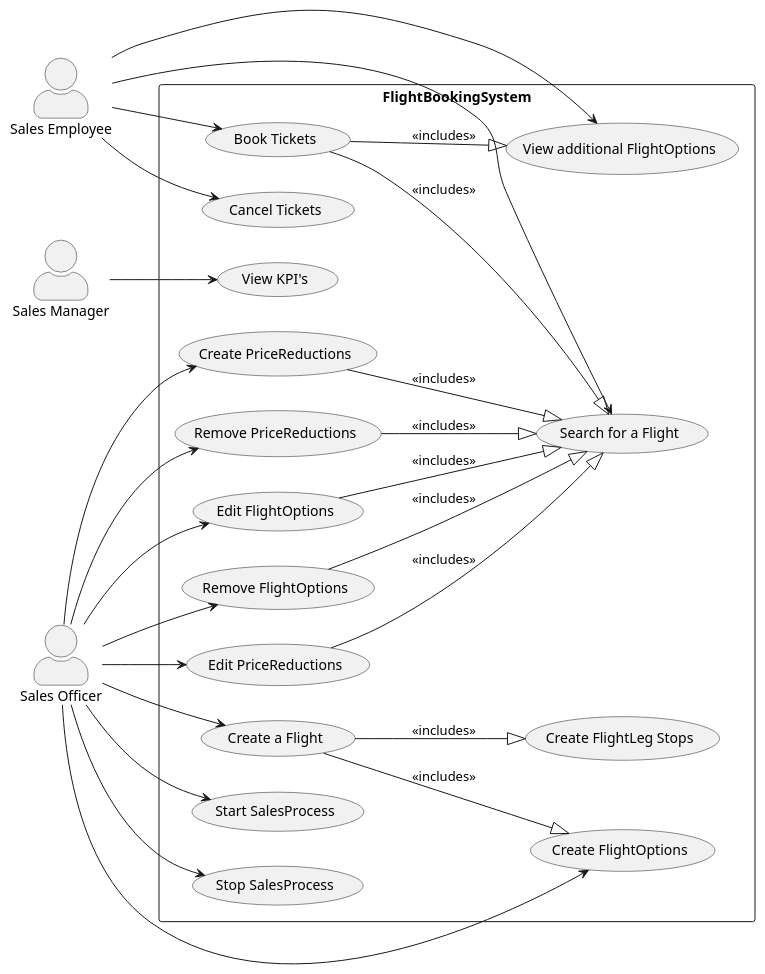
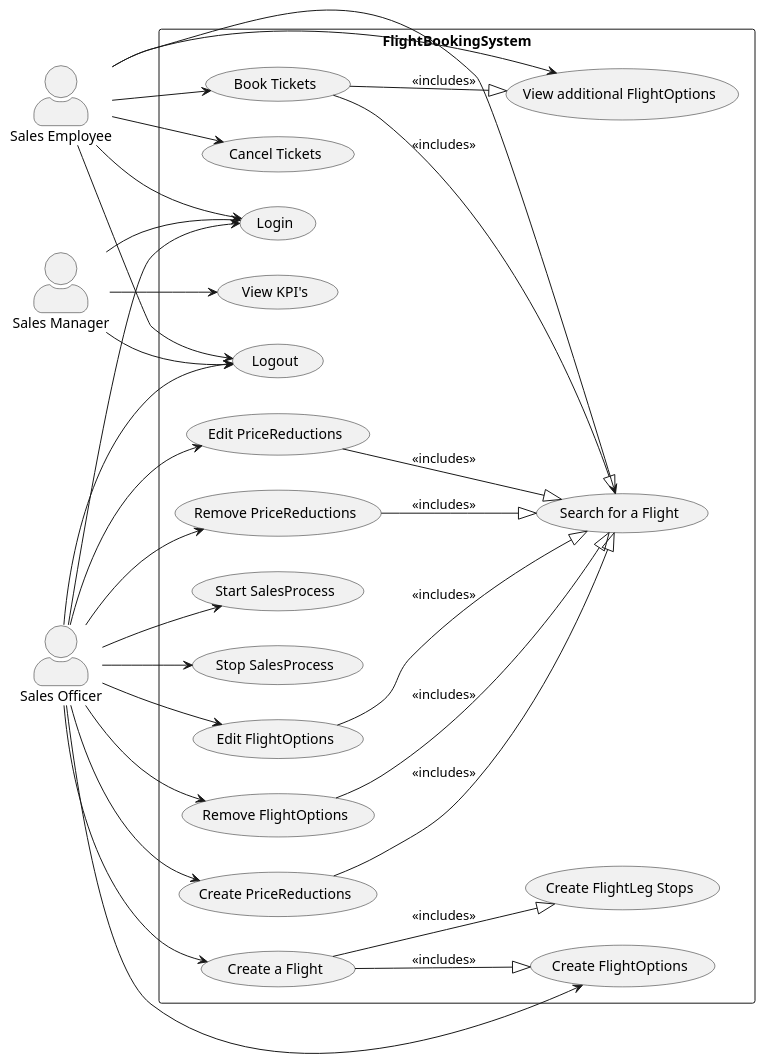
The diagram in analysis/use_cases.puml (Niklas-Mezynski/fontys-prj2-2021-prj2-2021-02), drawn with PlantUML before and after one commit.

Commit message:
add login and logout

```diff
--- a/analysis/use_cases.puml
+++ b/analysis/use_cases.puml
@@ -1,58 +1,66 @@
 @startuml
 left to right direction
 skinparam classAttributeIconSize 0
 skinparam componentStyle uml2
 skinparam actorStyle awesome
 hide circle
 
 actor "Sales Employee" as se
 actor "Sales Manager" as sm
 actor "Sales Officer" as so
 
 rectangle FlightBookingSystem {
   usecase "Search for a Flight" as UC1
   usecase "Create a Flight" as UC2
   usecase "Book Tickets" as UC3
   usecase "Cancel Tickets" as UC10
   usecase "View additional FlightOptions" as UC4
   usecase "Create FlightOptions" as UC5
   usecase "Edit FlightOptions" as UC11
   usecase "Remove FlightOptions" as UC12
   usecase "View KPI's" as UC6
   usecase "Create PriceReductions" as UC7
   usecase "Edit PriceReductions" as UC13
   usecase "Remove PriceReductions" as UC14
   usecase "Start SalesProcess" as UC8
   usecase "Stop SalesProcess" as UC15
   usecase "Create FlightLeg Stops" as UC9
+  usecase "Login" as UC16
+  usecase "Logout" as UC17
 }
 
 UC2 --|> UC9: <<includes>>
 UC2 --|> UC5: <<includes>>
 
 UC3 --|> UC1: <<includes>>
 UC3 --|> UC4: <<includes>>
 
 UC11 --|>UC1: <<includes>>
 UC12 --|>UC1: <<includes>>
 UC13 --|>UC1: <<includes>>
 UC14 --|>UC1: <<includes>>
 UC7 --|>UC1: <<includes>>
 
 se --> UC1
 se --> UC3
 se --> UC4
 se --> UC10
+se --> UC16
+se --> UC17
 
 so --> UC2
 so --> UC5
 so --> UC7
 so --> UC11
 so --> UC12
 so --> UC13
 so --> UC14
 so --> UC8
 so --> UC15
+so --> UC16
+so --> UC17
 
 sm --> UC6
+sm --> UC16
+sm --> UC17
 @enduml
```
